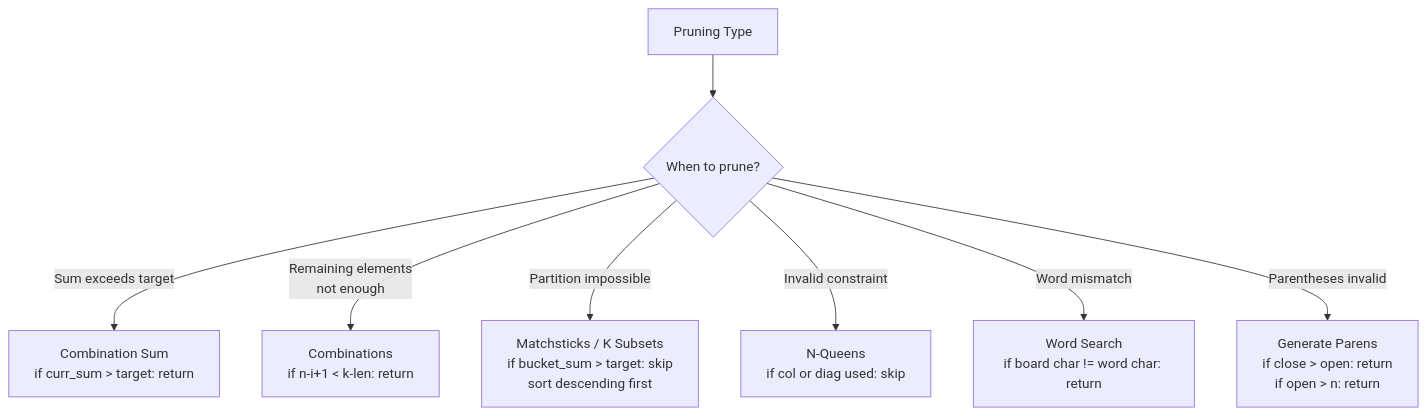
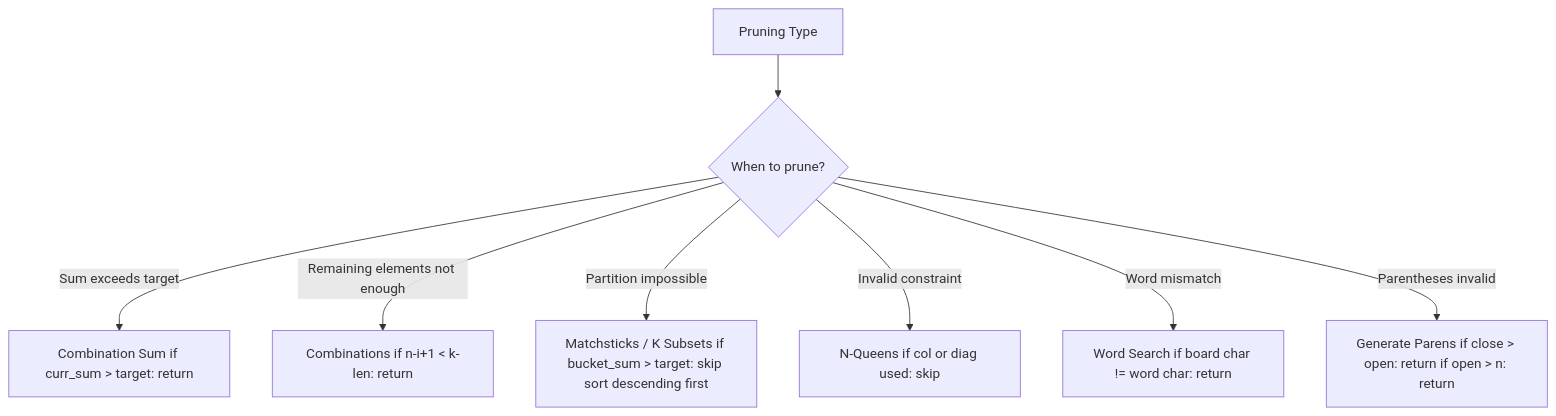
Before and after one commit to deepanshu-rawat6/AlgoAtlas: the sixth of 7 diagrams in backtracking/README.md, drawn with Mermaid. The commit also changed other lines of this file and 13 other files, not shown here.

````diff
--- a/backtracking/README.md
+++ b/backtracking/README.md
@@ -130,10 +130,10 @@
 ```mermaid
 flowchart TD
     A[Pruning Type] --> B{"When to prune?"}
-    B -- Sum exceeds target --> C[Combination Sum<br>if curr_sum > target: return]
-    B -- Remaining elements<br>not enough --> D[Combinations<br>if n-i+1 < k-len: return]
-    B -- Partition impossible --> E[Matchsticks / K Subsets<br>if bucket_sum > target: skip<br>sort descending first]
-    B -- Invalid constraint --> F[N-Queens<br>if col or diag used: skip]
-    B -- Word mismatch --> G[Word Search<br>if board char != word char: return]
-    B -- Parentheses invalid --> H[Generate Parens<br>if close > open: return<br>if open > n: return]
+    B -- Sum exceeds target --> C[Combination Sum if curr_sum > target: return]
+    B -- Remaining elements not enough --> D[Combinations if n-i+1 < k-len: return]
+    B -- Partition impossible --> E[Matchsticks / K Subsets if bucket_sum > target: skip sort descending first]
+    B -- Invalid constraint --> F[N-Queens if col or diag used: skip]
+    B -- Word mismatch --> G[Word Search if board char != word char: return]
+    B -- Parentheses invalid --> H[Generate Parens if close > open: return if open > n: return]
 ```
````
